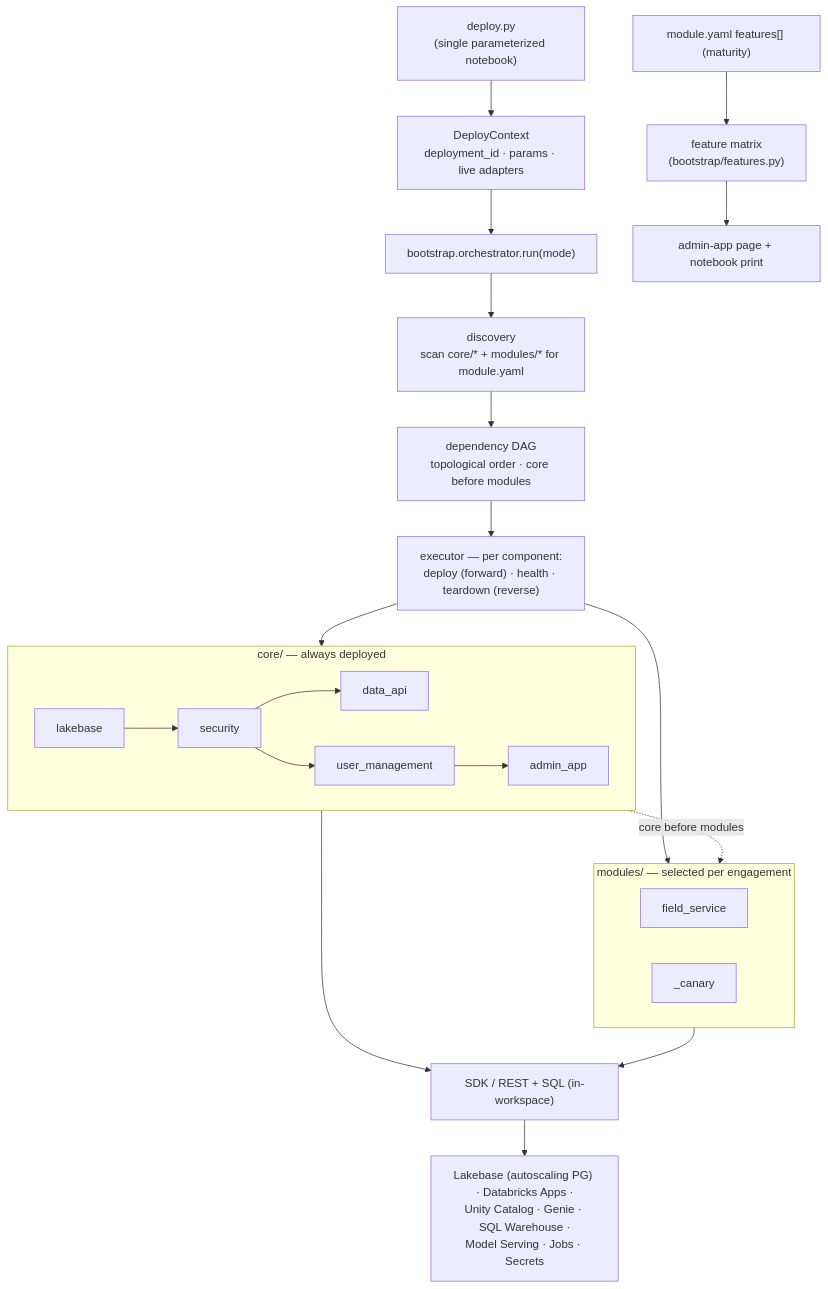
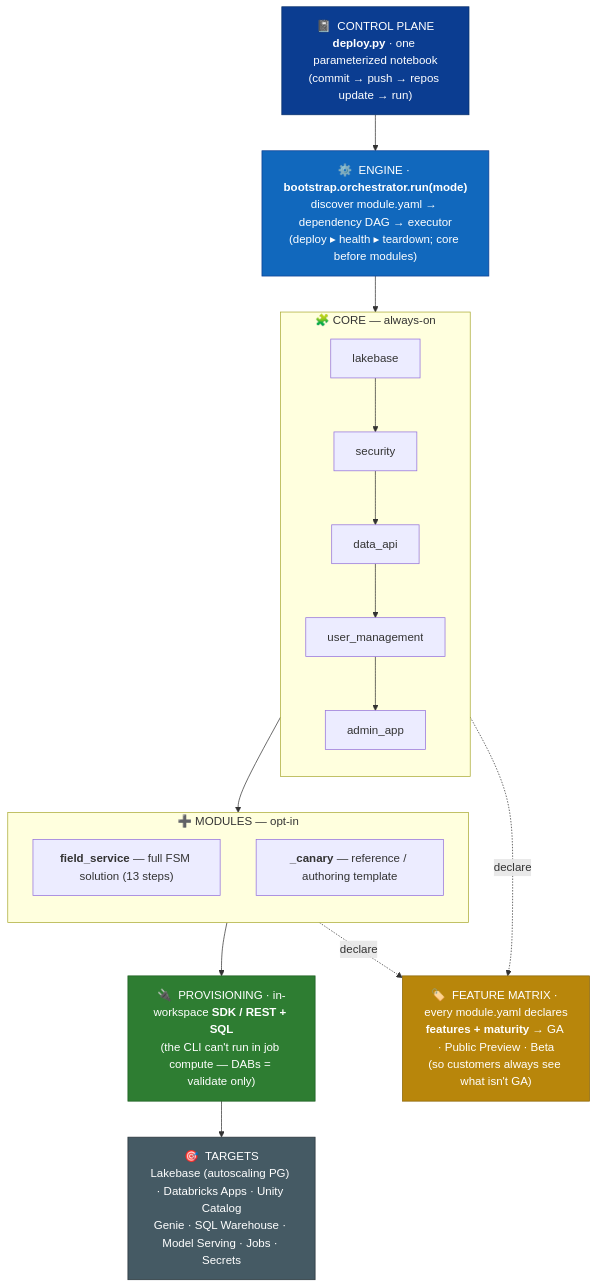
Before and after one commit to databricks-solutions/lakebase-solutions: the diagram in README.md, drawn with Mermaid. The commit also changed other lines of this file and 1 other file, not shown here.

Commit message:
docs: rework architecture diagrams as vertical, color-banded infographics
Feedback: the arch diagram sprawled horizontally and was hard to read. Rework
both Mermaid diagrams as vertical (flowchart TB) technical infographics with
classDef color bands, so they stack downward (scroll, not pan) and read as tiers:
- top README: CONTROL PLANE -> ENGINE -> CORE (vertical chain) -> MODULES ->
  PROVISIONING -> TARGETS, with the FEATURE MATRIX branching off.
- field_service README: the 13-step pipeline as a numbered vertical column,
  color-coded by phase (data / analytics / gated-compute / app).
Validated: both render via mmdc.

Also refreshes project memory for compaction (field_service full port + live
lbs-fs1 status + reversed DABs/maturity decisions).

````diff
--- a/README.md
+++ b/README.md
@@ -30,29 +32,30 @@
 ```mermaid
-flowchart TD
-    NB["deploy.py<br/>(single parameterized notebook)"] --> CTX["DeployContext<br/>deployment_id · params · live adapters"]
-    CTX --> RUN["bootstrap.orchestrator.run(mode)"]
-    RUN --> DISC["discovery<br/>scan core/* + modules/* for module.yaml"]
-    DISC --> DAG["dependency DAG<br/>topological order · core before modules"]
-    DAG --> EXEC["executor — per component:<br/>deploy (forward) · health · teardown (reverse)"]
+flowchart TB
+    NB["📓 &nbsp;CONTROL PLANE<br/><b>deploy.py</b> · one parameterized notebook<br/>(commit → push → repos update → run)"]:::cp
+    NB --> ENG["⚙️ &nbsp;ENGINE · <b>bootstrap.orchestrator.run(mode)</b><br/>discover module.yaml → dependency DAG → executor<br/>(deploy ▸ health ▸ teardown; core before modules)"]:::eng
 
-    subgraph CORE["core/ — always deployed"]
-        direction LR
-        LB[lakebase] --> SEC[security] --> DA[data_api]
-        SEC --> UM[user_management] --> AA[admin_app]
+    ENG --> CORE
+    subgraph CORE["🧩 CORE — always-on"]
+        direction TB
+        c1[lakebase] --> c2[security] --> c3[data_api] --> c4[user_management] --> c5[admin_app]
     end
-    subgraph MODS["modules/ — selected per engagement"]
-        direction LR
-        FS[field_service] 
-        CAN[_canary]
+
+    CORE --> MODS
+    subgraph MODS["➕ MODULES — opt-in"]
+        direction TB
+        m1["<b>field_service</b> — full FSM solution (13 steps)"]
+        m2["<b>_canary</b> — reference / authoring template"]
     end
-    EXEC --> CORE
-    EXEC --> MODS
-    CORE -. core before modules .-> MODS
 
-    CORE --> PROV["SDK / REST + SQL (in-workspace)"]
-    MODS --> PROV
-    PROV --> TARGETS["Lakebase (autoscaling PG) · Databricks Apps ·<br/>Unity Catalog · Genie · SQL Warehouse ·<br/>Model Serving · Jobs · Secrets"]
+    MODS --> PROV["🔌 &nbsp;PROVISIONING · in-workspace <b>SDK / REST + SQL</b><br/>(the CLI can't run in job compute — DABs = validate only)"]:::prov
+    PROV --> TGT["🎯 &nbsp;TARGETS<br/>Lakebase (autoscaling PG) · Databricks Apps · Unity Catalog<br/>Genie · SQL Warehouse · Model Serving · Jobs · Secrets"]:::tgt
 
-    MANI["module.yaml features[] (maturity)"] --> MATRIX["feature matrix<br/>(bootstrap/features.py)"]
-    MATRIX --> SURF["admin-app page + notebook print"]
+    CORE -.declare.-> MAT
+    MODS -.declare.-> MAT["🏷️ &nbsp;FEATURE MATRIX · every module.yaml declares<br/><b>features + maturity</b> → GA · Public Preview · Beta<br/>(so customers always see what isn't GA)"]:::mat
+
+    classDef cp fill:#0b3d91,color:#fff,stroke:#08306b,stroke-width:1px;
+    classDef eng fill:#1168bd,color:#fff,stroke:#0b3d91,stroke-width:1px;
+    classDef prov fill:#2e7d32,color:#fff,stroke:#1b5e20,stroke-width:1px;
+    classDef tgt fill:#455a64,color:#fff,stroke:#263238,stroke-width:1px;
+    classDef mat fill:#b8860b,color:#fff,stroke:#8a6508,stroke-width:1px;
 ```
````
